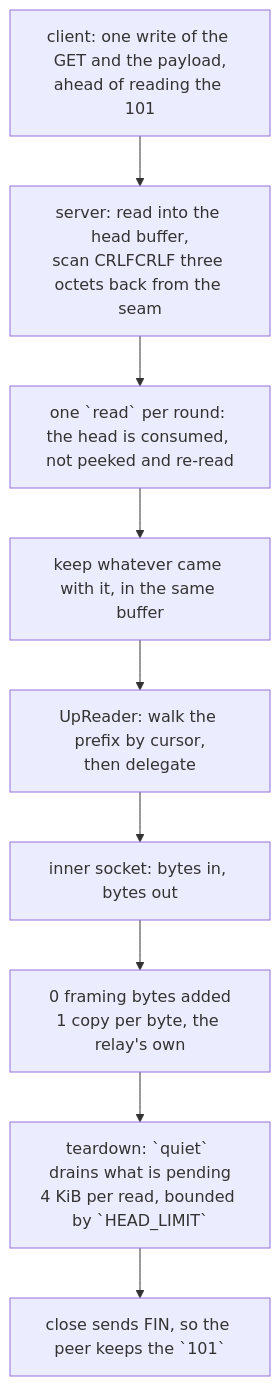
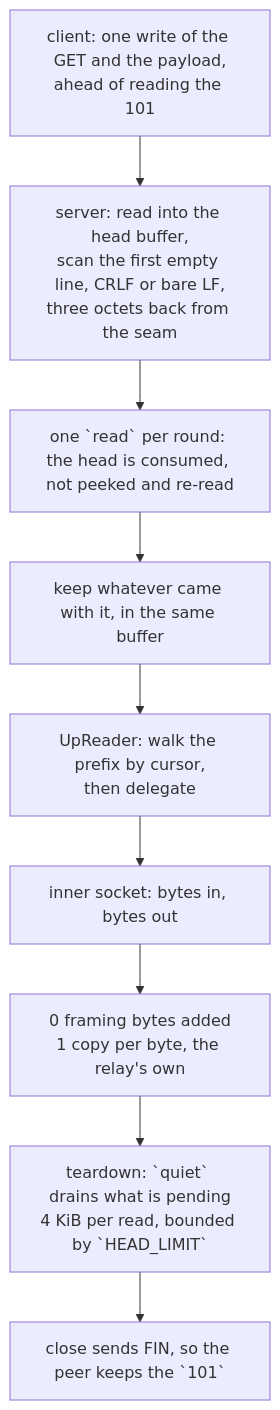
Before and after one commit to Ferrocite/ferrox: the diagram in docs/function/carrier-httpupgrade.md, drawn with Mermaid. The commit also changed other lines of this file and 2 other files, not shown here.

Commit message:
fix: the httpupgrade dial reads a bare-LF answer

````diff
--- a/docs/function/carrier-httpupgrade.md
+++ b/docs/function/carrier-httpupgrade.md
@@ -19,11 +19,11 @@
 ```mermaid
 graph TD
-    C["client: one write of the GET and the payload,<br/>ahead of reading the 101"] --> S["server: read into the head buffer,<br/>scan CRLFCRLF three octets back from the seam"]
+    C["client: one write of the GET and the payload,<br/>ahead of reading the 101"] --> S["server: read into the head buffer,<br/>scan the first empty line, CRLF or bare LF,<br/>three octets back from the seam"]
     S --> R["one `read` per round: the head is consumed, not peeked and re-read"]
     R --> P["keep whatever came with it, in the same buffer"]
     P --> X["UpReader: walk the prefix by cursor,<br/>then delegate"]
     X --> B["inner socket: bytes in, bytes out"]
     B --> Z["0 framing bytes added<br/>1 copy per byte, the relay's own"]
     Z --> Q["teardown: `quiet` drains what is pending<br/>4 KiB per read, bounded by `HEAD_LIMIT`"]
     Q --> F["close sends FIN, so the peer keeps the `101`"]
 ```
````
